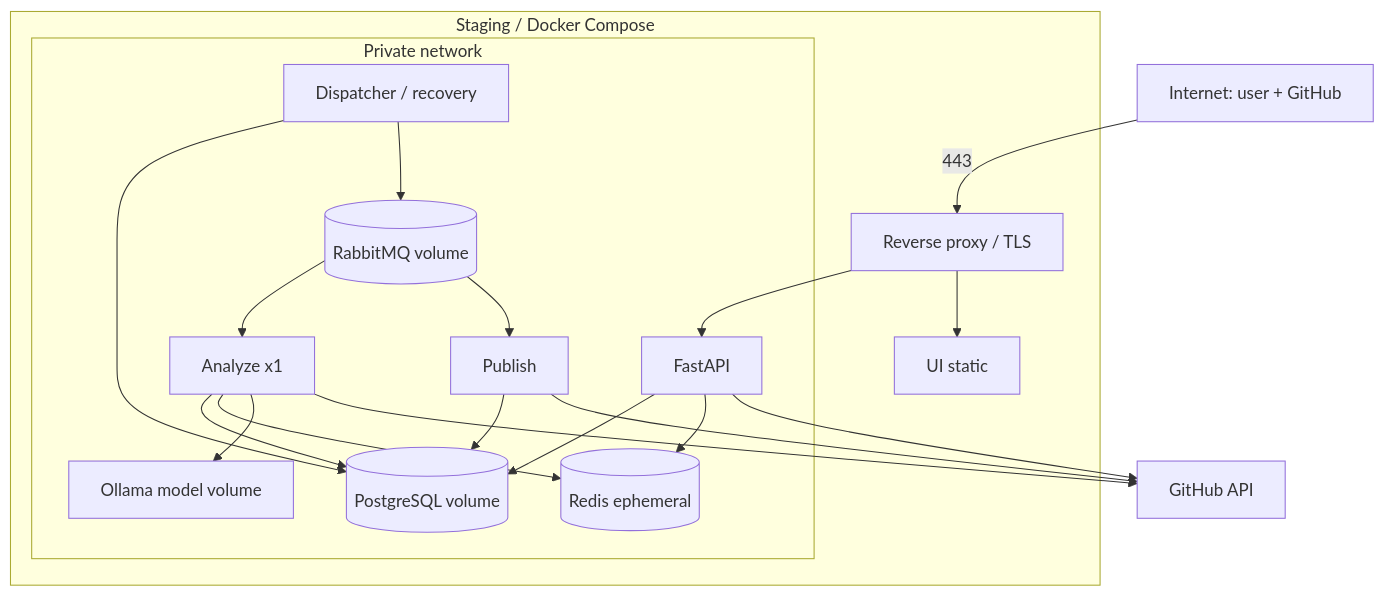
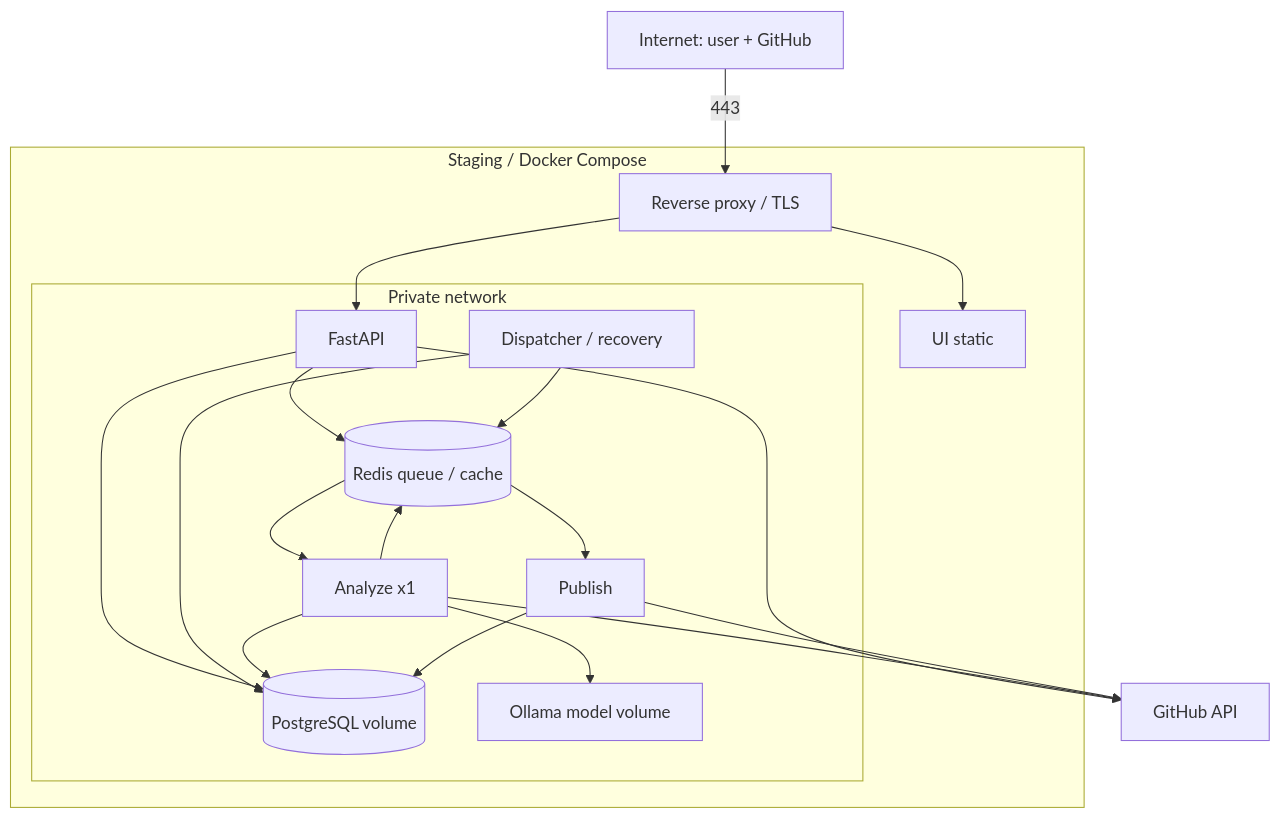
The seventh of 7 diagrams in docs/SYSTEM_DESIGN.md (larchanka-training/dmc-268-ui-t2), drawn with Mermaid before and after one commit. The commit also changed other lines of this file, not shown here.

Commit message:
docs: align system design with Sprint 2 API contracts

````diff
--- a/docs/SYSTEM_DESIGN.md
+++ b/docs/SYSTEM_DESIGN.md
@@ -369,24 +368,23 @@
 ```mermaid
 flowchart TB
     Internet["Internet: user + GitHub"] -->|443| Proxy["Reverse proxy / TLS"]
     subgraph Host["Staging / Docker Compose"]
         Proxy --> UI["UI static"]
         Proxy --> API["FastAPI"]
         subgraph Private["Private network"]
             API --> PG[("PostgreSQL volume")]
-            API --> Redis[("Redis ephemeral")]
-            MQ[("RabbitMQ volume")]
+            API --> Redis[("Redis queue / cache")]
             Dispatcher["Dispatcher / recovery"] --> PG
-            Dispatcher --> MQ
-            MQ --> Analyze["Analyze x1"]
-            MQ --> Publish["Publish"]
+            Dispatcher --> Redis
+            Redis --> Analyze["Analyze x1"]
+            Redis --> Publish["Publish"]
             Analyze --> PG
             Analyze --> Redis
             Analyze --> Ollama["Ollama model volume"]
             Publish --> PG
         end
     end
     API --> GitHub["GitHub API"]
     Analyze --> GitHub
     Publish --> GitHub
 ```
````
